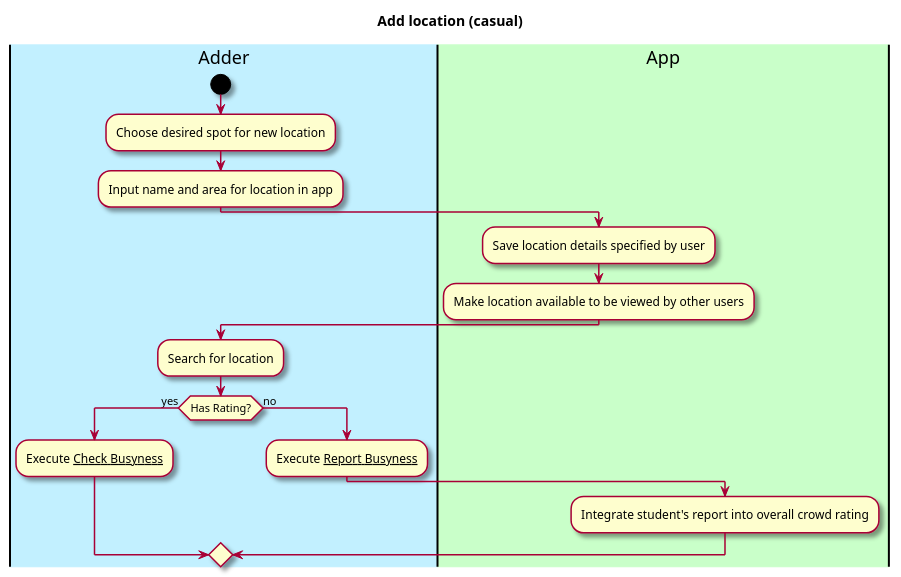
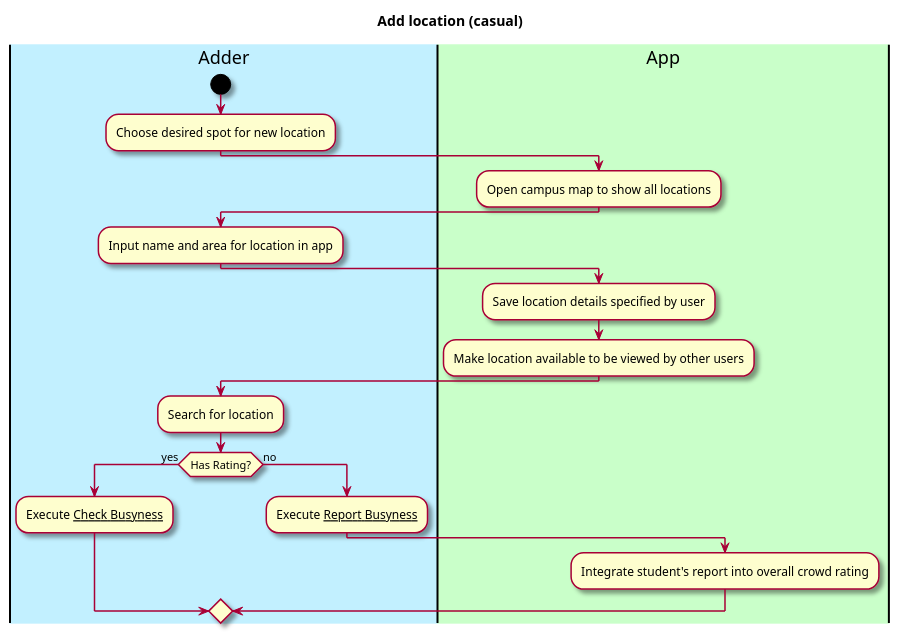
The diagram in intellij/documentation/use_cases/add_location.md (manoushpajouh/Vassar-Crowdmeter), drawn with PlantUML before and after one commit.

Commit message:
edited diagram for add_location use case

````diff
--- a/intellij/documentation/use_cases/add_location.md
+++ b/intellij/documentation/use_cases/add_location.md
@@ -27,37 +27,41 @@
 ```plantuml
 @startuml
 
 skin rose
 
 title Add location (casual)
 
 'define the lanes
 |#application|Adder|
 |#technology|App|
 
 |Adder|
 start
 :Choose desired spot for new location;
+|App|
+:Open campus map to show all locations;
+
+|Adder|
 :Input name and area for location in app;
 
 |App|
 :Save location details specified by user; 
 :Make location available to be viewed by other users;
 
 |Adder|
 :Search for location; 
 
 if (Has Rating?) then (yes)
 :Execute __Check Busyness__;
 else (no)
 :Execute __Report Busyness__;
 |App|
 :Integrate student's report into overall crowd rating;
 endif
 
 
 
 
 
 @enduml
 ```
````
